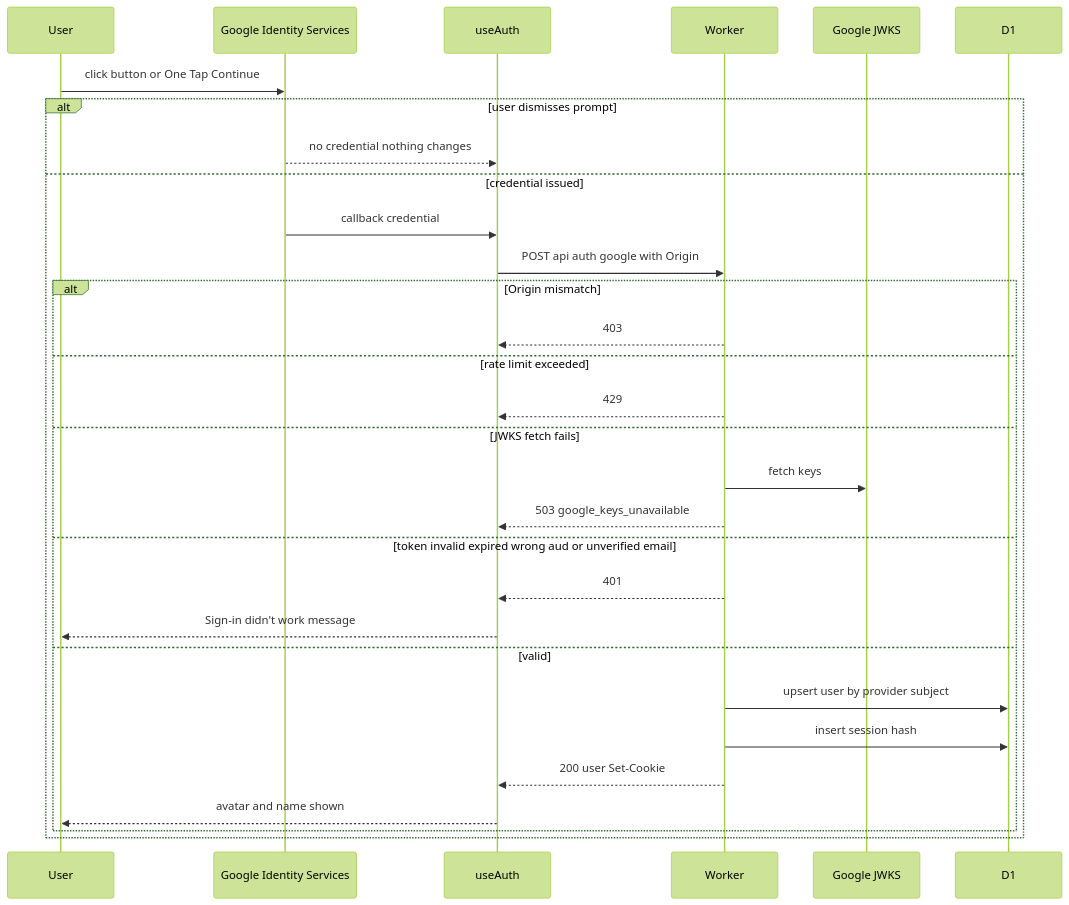
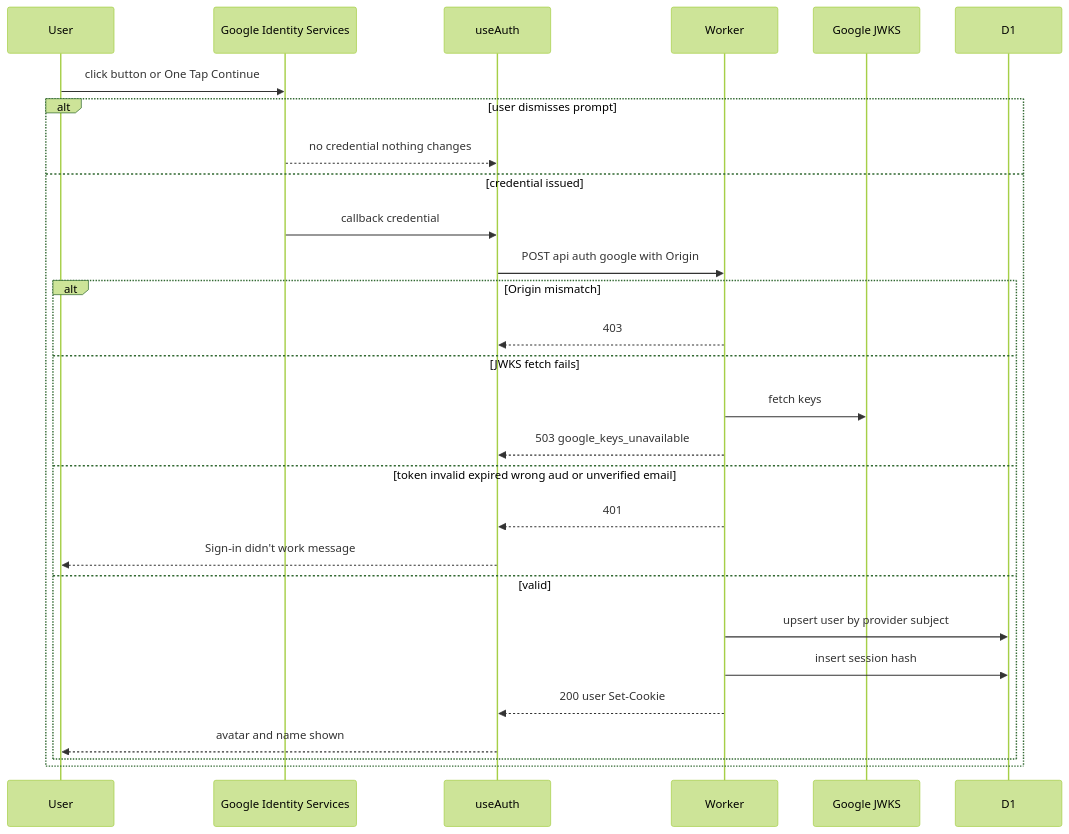
The fifth of 10 diagrams in benchmarks/vidi/spec/stories/014-sign-in-so-my-boards-follow-me-across-devices/design.md (boxabirds/awesome-local-ai), drawn with Mermaid (forest theme) before and after one commit. The commit also changed other lines of this file and 12 other files, not shown here.

````diff
--- a/benchmarks/vidi/spec/stories/014-sign-in-so-my-boards-follow-me-across-devices/design.md
+++ b/benchmarks/vidi/spec/stories/014-sign-in-so-my-boards-follow-me-across-devices/design.md
@@ -143,32 +140,30 @@
 ```mermaid
 sequenceDiagram
     participant U as User
     participant G as Google Identity Services
     participant C as useAuth
     participant W as Worker
     participant J as Google JWKS
     participant D as D1
     U->>G: click button or One Tap Continue
     alt user dismisses prompt
         G-->>C: no credential nothing changes
     else credential issued
         G->>C: callback credential
         C->>W: POST api auth google with Origin
         alt Origin mismatch
             W-->>C: 403
-        else rate limit exceeded
-            W-->>C: 429
         else JWKS fetch fails
             W->>J: fetch keys
             W-->>C: 503 google_keys_unavailable
         else token invalid expired wrong aud or unverified email
             W-->>C: 401
             C-->>U: Sign-in didn't work message
         else valid
             W->>D: upsert user by provider subject
             W->>D: insert session hash
             W-->>C: 200 user Set-Cookie
             C-->>U: avatar and name shown
         end
     end
 ```
````
